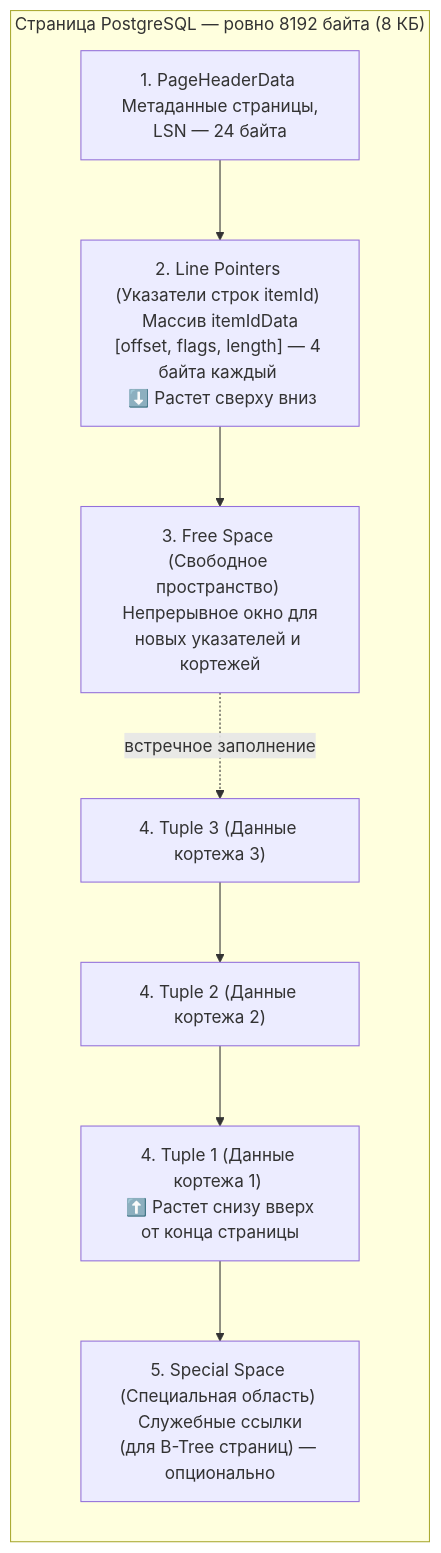
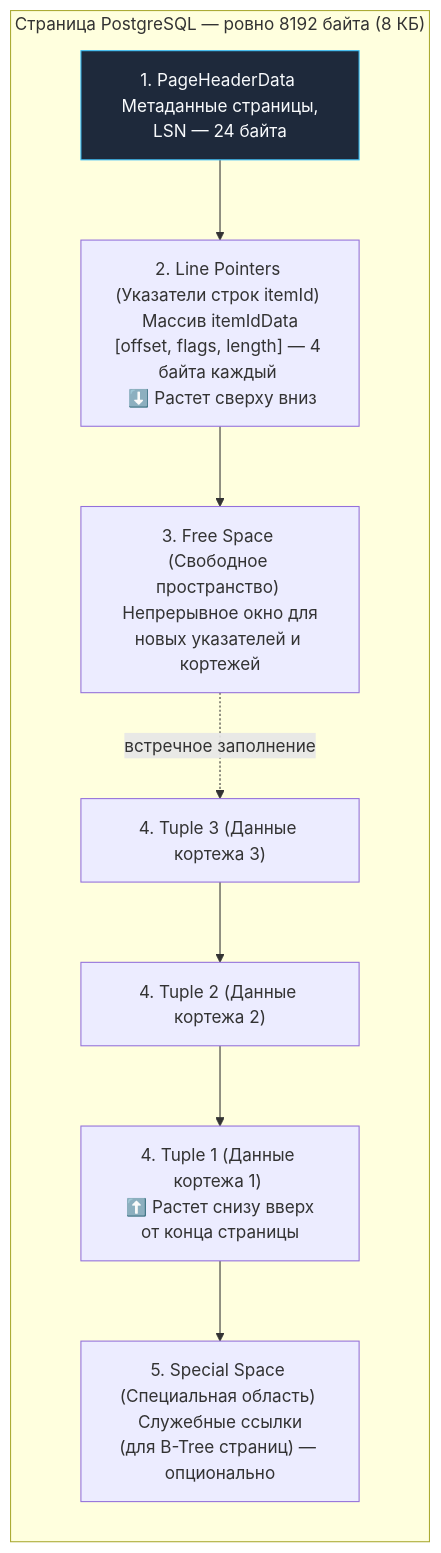
The first of 2 diagrams in sources/12. Базы данных/06. PostgreSQL/2. Storage engine PostgreSQL.md (UnrealTemplier/go-textbook), drawn with Mermaid before and after one commit. The commit also changed other lines of this file and 1666 other files, not shown here.

First line of the commit message:
feat(mermaid): add semantic color classDef to 1369 colorless flowchart/graph diagrams

````diff
--- a/sources/12. Базы данных/06. PostgreSQL/2. Storage engine PostgreSQL.md
+++ b/sources/12. Базы данных/06. PostgreSQL/2. Storage engine PostgreSQL.md
@@ -49,20 +49,30 @@
 ```mermaid
 flowchart TD
+    classDef process  fill:#1e293b,stroke:#38bdf8,stroke-width:1px,color:#f8fafc
+    classDef success  fill:#064e3b,stroke:#34d399,stroke-width:1px,color:#f8fafc
+    classDef error    fill:#7f1d1d,stroke:#f87171,stroke-width:1px,color:#f8fafc
+    classDef warning  fill:#78350f,stroke:#fbbf24,stroke-width:1px,color:#f8fafc
+    classDef entry    fill:#1e3a5f,stroke:#38bdf8,stroke-width:2px,color:#f8fafc
+    classDef aux      fill:#334155,stroke:#64748b,stroke-width:1px,color:#f8fafc
+    classDef system   fill:#312e81,stroke:#a78bfa,stroke-width:1px,color:#f8fafc
+    classDef data     fill:#132d29,stroke:#2dd4bf,stroke-width:1px,color:#f8fafc
+    classDef network  fill:#881337,stroke:#fb7185,stroke-width:1px,color:#f8fafc
+    classDef accent   fill:#1e1b4b,stroke:#818cf8,stroke-width:1px,color:#f8fafc
     subgraph Page8KB ["Страница PostgreSQL — ровно 8192 байта (8 КБ)"]
         direction TB
-        PH["1. PageHeaderData <br> Метаданные страницы, LSN — 24 байта"]
+        PH["1. PageHeaderData <br> Метаданные страницы, LSN — 24 байта"]:::process
         LP["2. Line Pointers (Указатели строк itemId) <br> Массив itemIdData [offset, flags, length] — 4 байта каждый <br> ⬇️ Растет сверху вниз"]
         FS["3. Free Space (Свободное пространство) <br> Непрерывное окно для новых указателей и кортежей"]
         T3["4. Tuple 3 (Данные кортежа 3)"]
         T2["4. Tuple 2 (Данные кортежа 2)"]
         T1["4. Tuple 1 (Данные кортежа 1) <br> ⬆️ Растет снизу вверх от конца страницы"]
         SP["5. Special Space (Специальная область) <br> Служебные ссылки (для B-Tree страниц) — опционально"]
 
         PH --> LP
         LP --> FS
         FS -.->|"встречное заполнение"| T3
         T3 --> T2
         T2 --> T1
         T1 --> SP
     end
 ```
````
